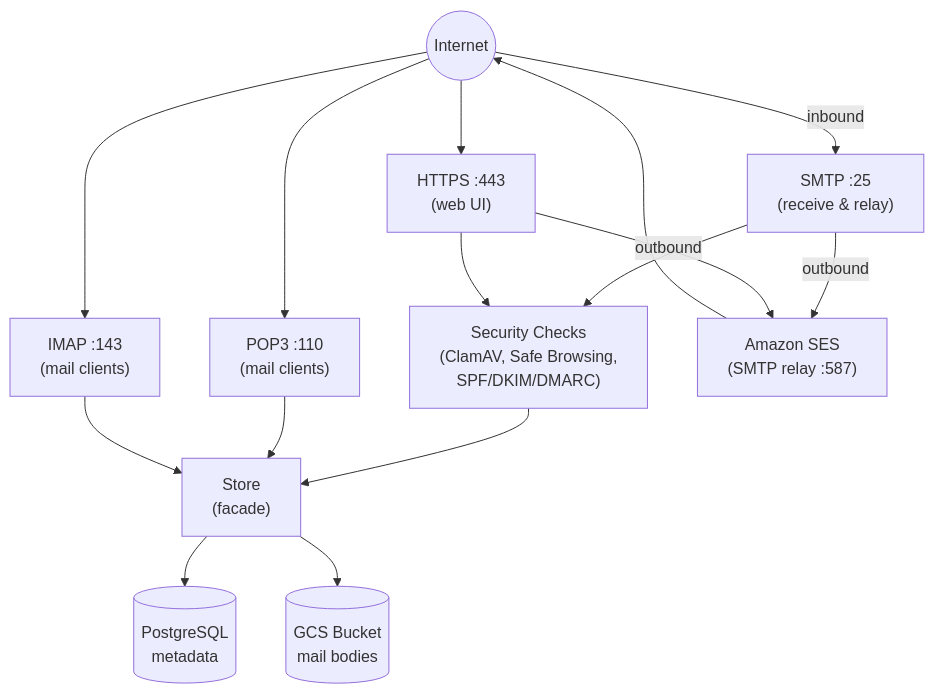
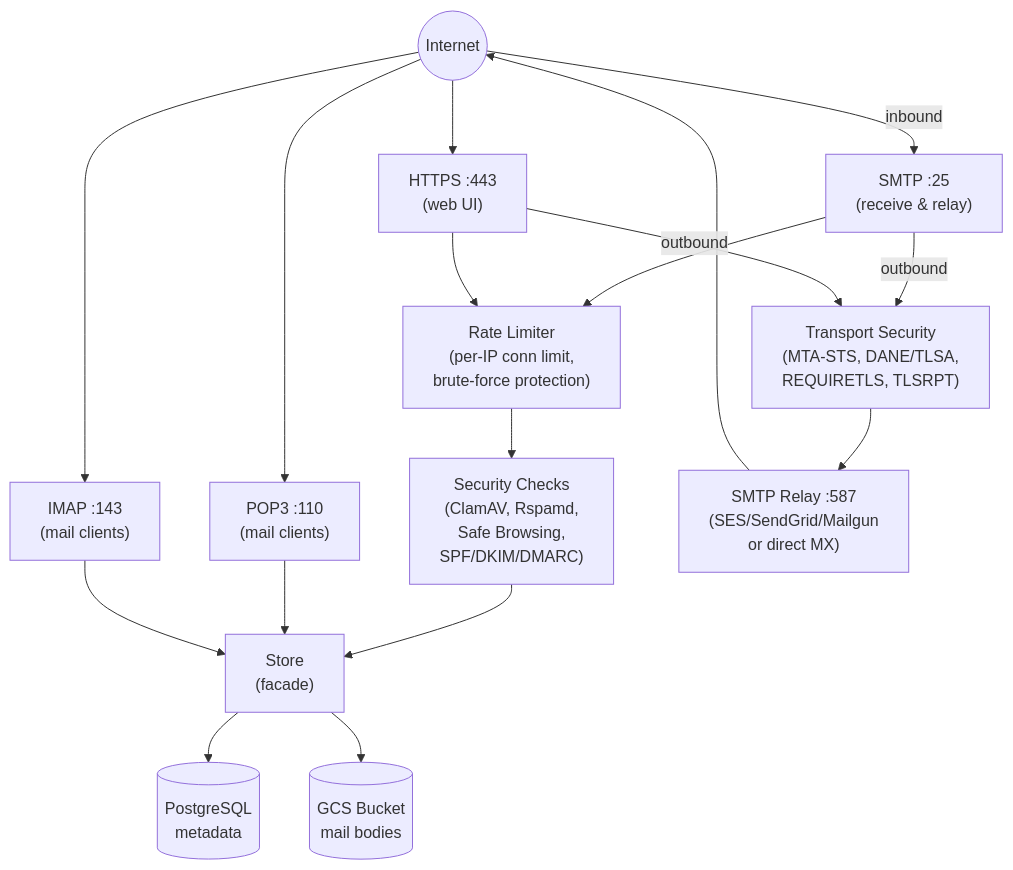
The diagram in README.md (mustafa-karli/bdsmail), drawn with Mermaid before and after one commit. The commit also changed other lines of this file and 15 other files, not shown here.

````diff
--- a/README.md
+++ b/README.md
@@ -27,23 +33,26 @@
 ```mermaid
 graph TD
     Internet((Internet))
 
     Internet -->|inbound| SMTP["SMTP :25<br/>(receive & relay)"]
     Internet --> POP3["POP3 :110<br/>(mail clients)"]
     Internet --> IMAP["IMAP :143<br/>(mail clients)"]
     Internet --> HTTPS["HTTPS :443<br/>(web UI)"]
 
-    SMTP --> Security["Security Checks<br/>(ClamAV, Safe Browsing,<br/>SPF/DKIM/DMARC)"]
-    HTTPS --> Security
+    SMTP --> RateLimit["Rate Limiter<br/>(per-IP conn limit,<br/>brute-force protection)"]
+    HTTPS --> RateLimit
+
+    RateLimit --> Security["Security Checks<br/>(ClamAV, Rspamd,<br/>Safe Browsing,<br/>SPF/DKIM/DMARC)"]
 
     Security --> Store["Store<br/>(facade)"]
     POP3 --> Store
     IMAP --> Store
 
     Store --> PostgreSQL[(PostgreSQL<br/>metadata)]
     Store --> GCS[(GCS Bucket<br/>mail bodies)]
 
-    SMTP -->|outbound| SES["Amazon SES<br/>(SMTP relay :587)"]
-    HTTPS -->|outbound| SES
+    SMTP -->|outbound| TLS["Transport Security<br/>(MTA-STS, DANE/TLSA,<br/>REQUIRETLS, TLSRPT)"]
+    HTTPS -->|outbound| TLS
+    TLS --> SES["SMTP Relay :587<br/>(SES/SendGrid/Mailgun<br/>or direct MX)"]
     SES --> Internet
 ```
````
